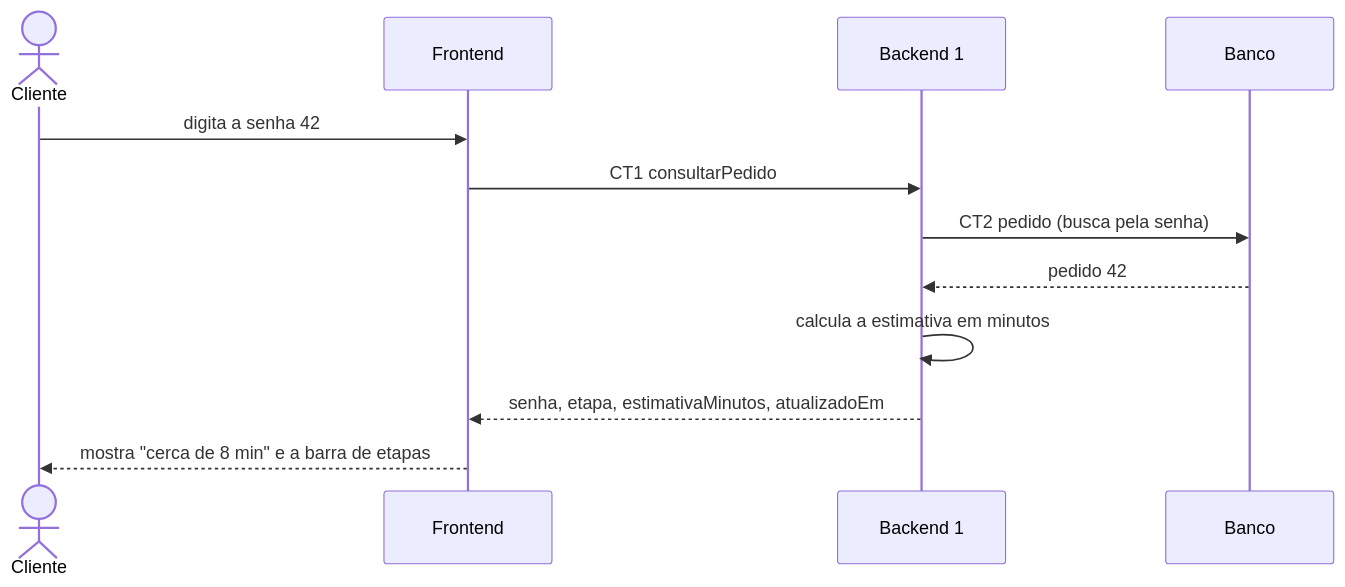
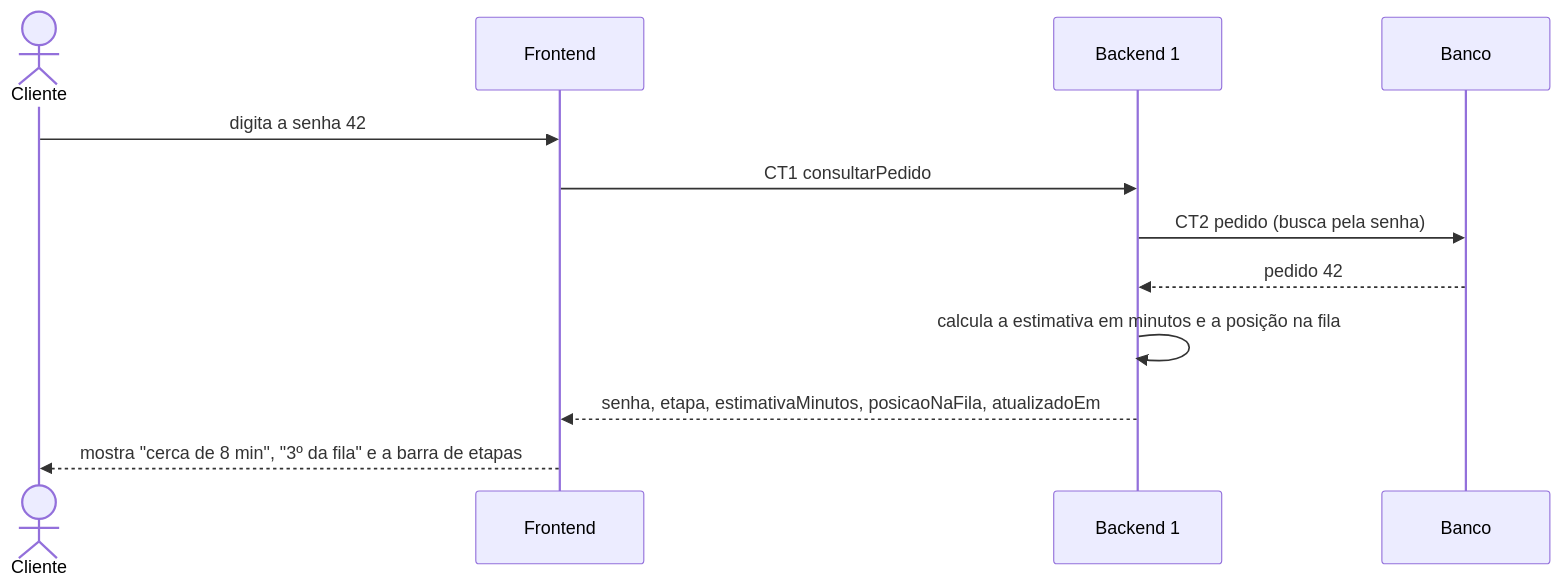
The diagram in docs/fluxos/E4-quanto-falta-na-tela.md (pedromeira220/pi4-0102-g6-frontend), drawn with Mermaid before and after one commit. The commit also changed other lines of this file and 28 other files, not shown here.

````diff
--- a/docs/fluxos/E4-quanto-falta-na-tela.md
+++ b/docs/fluxos/E4-quanto-falta-na-tela.md
@@ -17,14 +20,14 @@
 ```mermaid
 sequenceDiagram
     actor Cliente
     participant Frontend
     participant B1 as Backend 1
     participant Banco
     Cliente->>Frontend: digita a senha 42
     Frontend->>B1: CT1 consultarPedido
     B1->>Banco: CT2 pedido (busca pela senha)
     Banco-->>B1: pedido 42
-    B1->>B1: calcula a estimativa em minutos
-    B1-->>Frontend: senha, etapa, estimativaMinutos, atualizadoEm
-    Frontend-->>Cliente: mostra "cerca de 8 min" e a barra de etapas
+    B1->>B1: calcula a estimativa em minutos e a posição na fila
+    B1-->>Frontend: senha, etapa, estimativaMinutos, posicaoNaFila, atualizadoEm
+    Frontend-->>Cliente: mostra "cerca de 8 min", "3º da fila" e a barra de etapas
 ```
````
